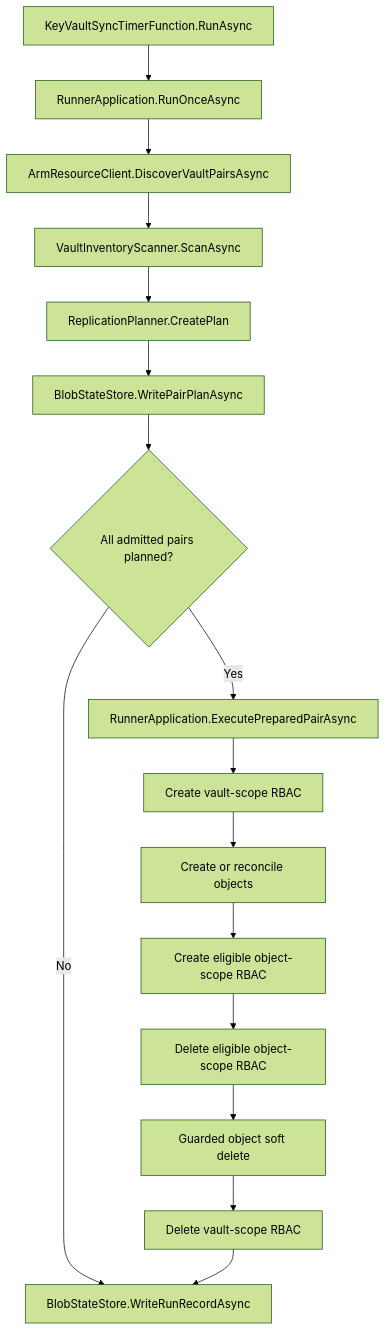
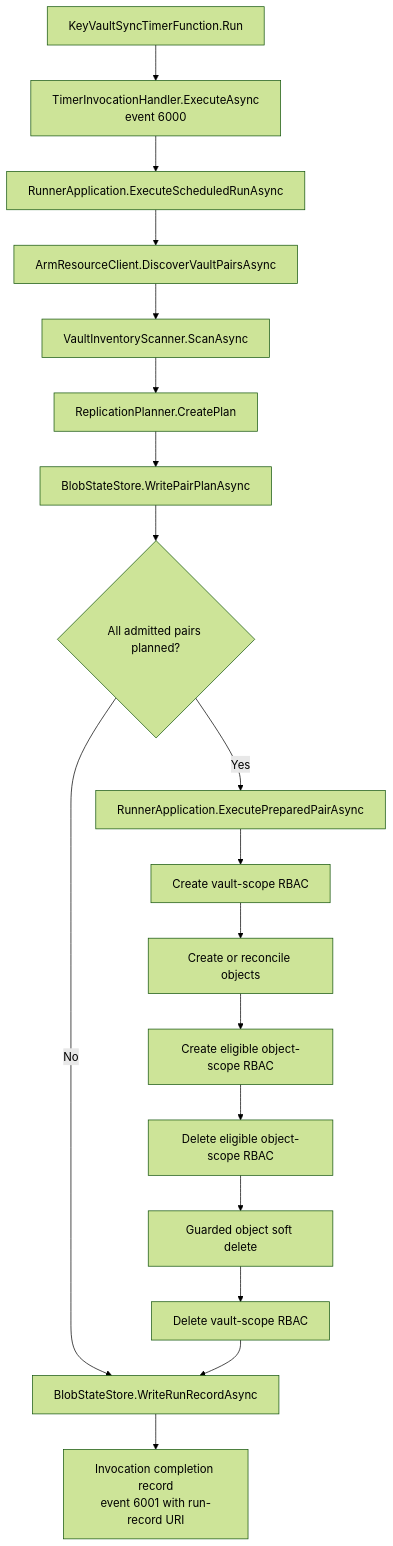
Before and after one commit to amgdy/keyvault-sync: the first of 2 diagrams in doc/code-flow.md, drawn with Mermaid (forest theme). The commit also changed other lines of this file and 22 other files, not shown here.

First line of the commit message:
Implement Timer Invocation Handler with structured logging and telemetry

````diff
--- a/doc/code-flow.md
+++ b/doc/code-flow.md
@@ -5,24 +5,27 @@
 ```mermaid
 flowchart TD
-    Trigger["KeyVaultSyncTimerFunction.RunAsync"]
-    Run["RunnerApplication.RunOnceAsync"]
+    Trigger["KeyVaultSyncTimerFunction.Run"]
+    Invocation["TimerInvocationHandler.ExecuteAsync<br/>event 6000"]
+    Run["RunnerApplication.ExecuteScheduledRunAsync"]
     Discovery["ArmResourceClient.DiscoverVaultPairsAsync"]
     Inventory["VaultInventoryScanner.ScanAsync"]
     Planning["ReplicationPlanner.CreatePlan"]
     Gate{All admitted pairs planned?}
     PersistPlan["BlobStateStore.WritePairPlanAsync"]
     ExecutePair["RunnerApplication.ExecutePreparedPairAsync"]
     VaultRbacCreate["Create vault-scope RBAC"]
     ObjectUpsert["Create or reconcile objects"]
     ObjectRbacCreate["Create eligible object-scope RBAC"]
     ObjectRbacDelete["Delete eligible object-scope RBAC"]
     ObjectDelete["Guarded object soft delete"]
     VaultRbacDelete["Delete vault-scope RBAC"]
     RunReport["BlobStateStore.WriteRunRecordAsync"]
+    Completion["Invocation completion record<br/>event 6001 with run-record URI"]
 
-    Trigger --> Run --> Discovery --> Inventory --> Planning --> PersistPlan --> Gate
+    Trigger --> Invocation --> Run --> Discovery --> Inventory --> Planning --> PersistPlan --> Gate
     Gate -- No --> RunReport
     Gate -- Yes --> ExecutePair
     ExecutePair --> VaultRbacCreate --> ObjectUpsert --> ObjectRbacCreate
     ObjectRbacCreate --> ObjectRbacDelete --> ObjectDelete --> VaultRbacDelete --> RunReport
+    RunReport --> Completion
 ```
````
